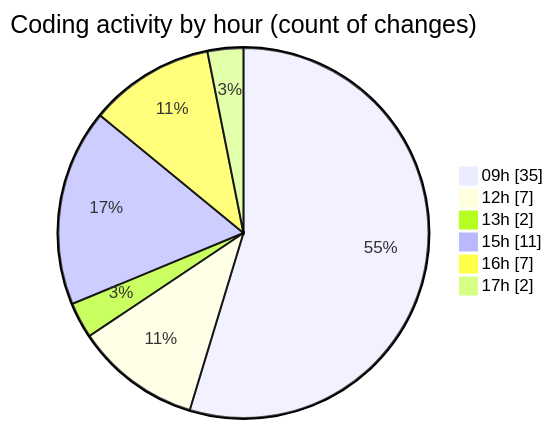
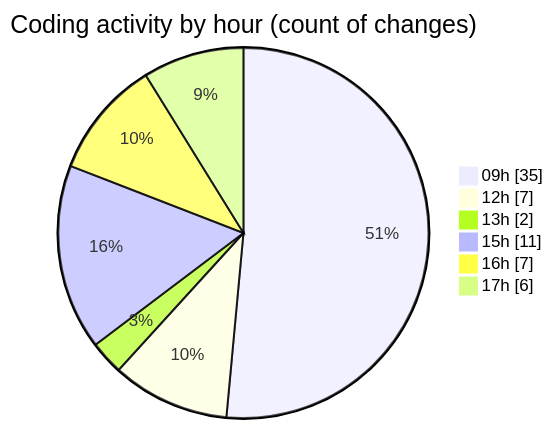
Before and after one commit to momahboobian/code-tracking: the second of 2 diagrams in 2026-06-11/cda/README.md, drawn with Mermaid. The commit also changed other lines of this file and 1 other file, not shown here.

````diff
--- a/2026-06-11/cda/README.md
+++ b/2026-06-11/cda/README.md
@@ -66,10 +66,10 @@
 ```mermaid
 pie showData
 title Coding activity by hour (count of changes)
 "09h" : 35
 "12h" : 7
 "13h" : 2
 "15h" : 11
 "16h" : 7
-"17h" : 2
+"17h" : 6
 ```
````
